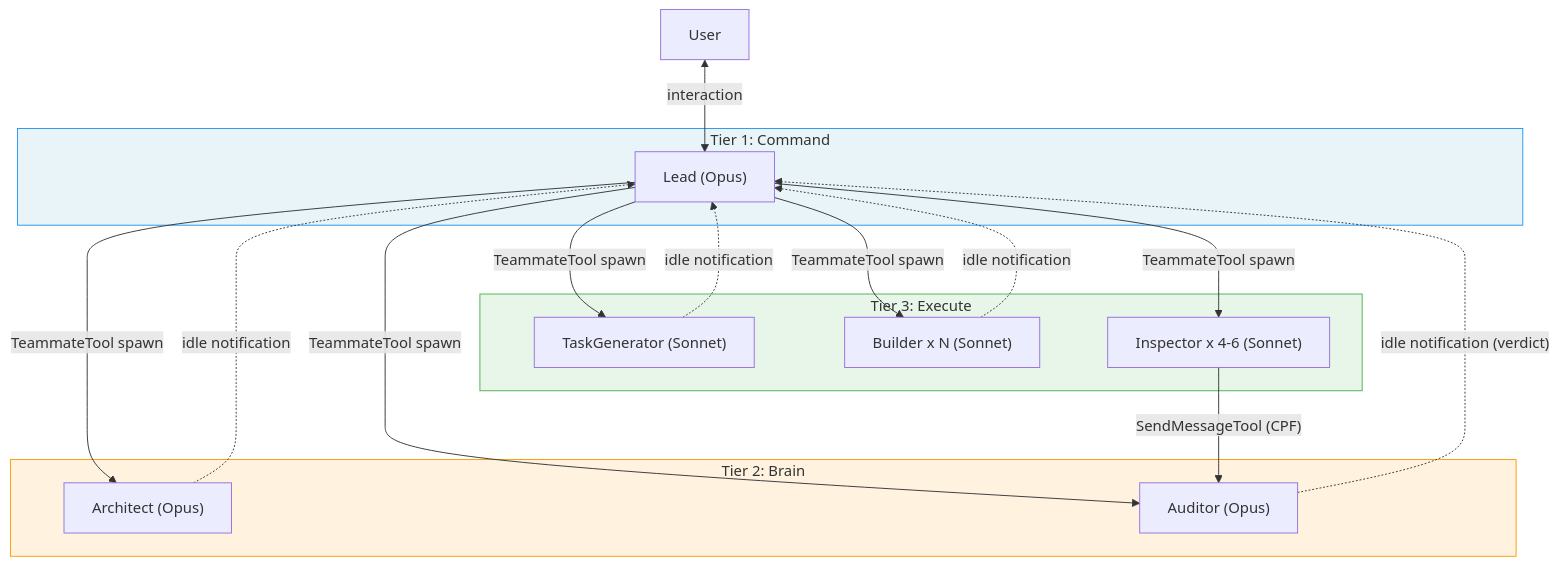
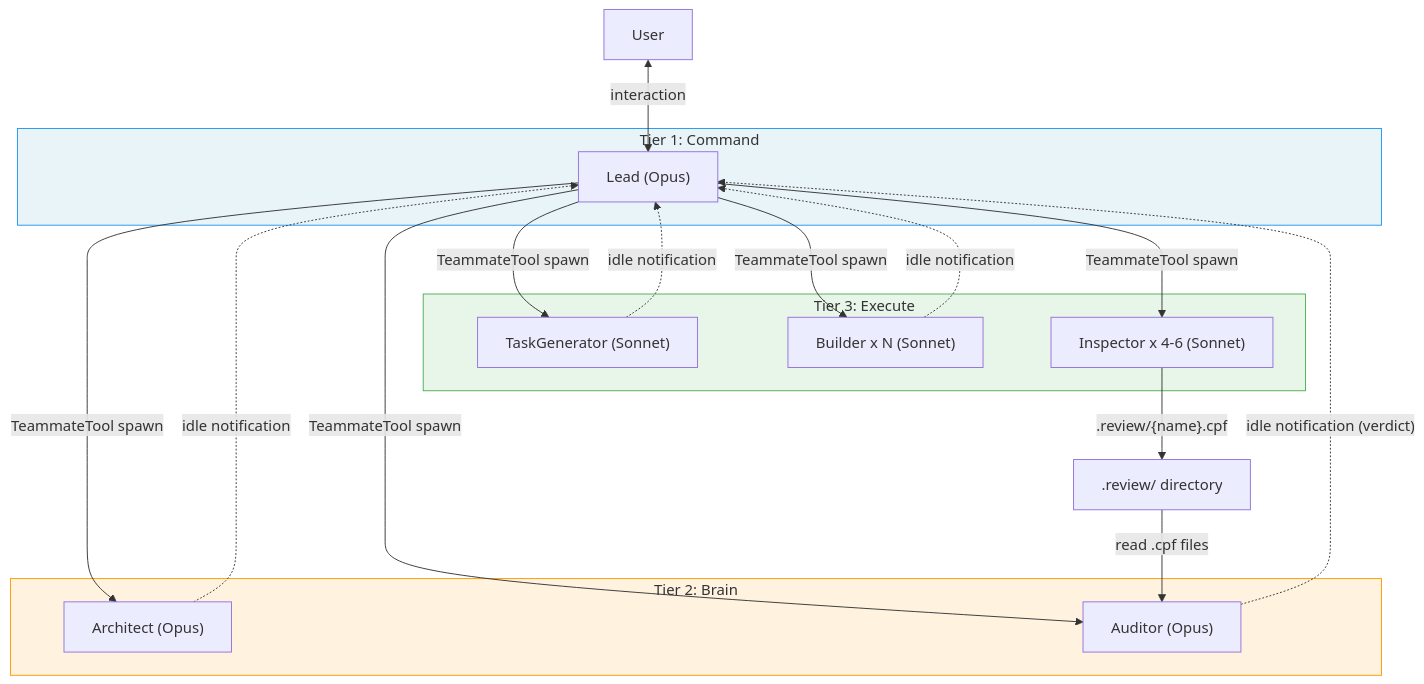
Before and after one commit to sync-dev-org/sync-sdd: the first of 4 diagrams in .claude/sdd/project/specs/core-architecture/design.md, drawn with Mermaid. The commit also changed other lines of this file and 32 other files, not shown here.

````diff
--- a/.claude/sdd/project/specs/core-architecture/design.md
+++ b/.claude/sdd/project/specs/core-architecture/design.md
@@ -195,35 +184,38 @@
 ```mermaid
 graph TB
     User["User"]
 
     subgraph T1["Tier 1: Command"]
         Lead["Lead (Opus)"]
     end
 
     subgraph T2["Tier 2: Brain"]
         Architect["Architect (Opus)"]
         Auditor["Auditor (Opus)"]
     end
 
     subgraph T3["Tier 3: Execute"]
         TaskGen["TaskGenerator (Sonnet)"]
         Builder1["Builder x N (Sonnet)"]
         Inspector1["Inspector x 4-6 (Sonnet)"]
     end
 
+    ReviewDir[".review/ directory"]
+
     User <-->|"interaction"| Lead
     Lead -->|"TeammateTool spawn"| Architect
     Lead -->|"TeammateTool spawn"| Auditor
     Lead -->|"TeammateTool spawn"| TaskGen
     Lead -->|"TeammateTool spawn"| Builder1
     Lead -->|"TeammateTool spawn"| Inspector1
     Architect -.->|"idle notification"| Lead
     Auditor -.->|"idle notification (verdict)"| Lead
     TaskGen -.->|"idle notification"| Lead
     Builder1 -.->|"idle notification"| Lead
-    Inspector1 -->|"SendMessageTool (CPF)"| Auditor
+    Inspector1 -->|".review/{name}.cpf"| ReviewDir
+    ReviewDir -->|"read .cpf files"| Auditor
 
     style T1 fill:#e8f4f8,stroke:#2196F3
     style T2 fill:#fff3e0,stroke:#FF9800
     style T3 fill:#e8f5e9,stroke:#4CAF50
 ```
````
